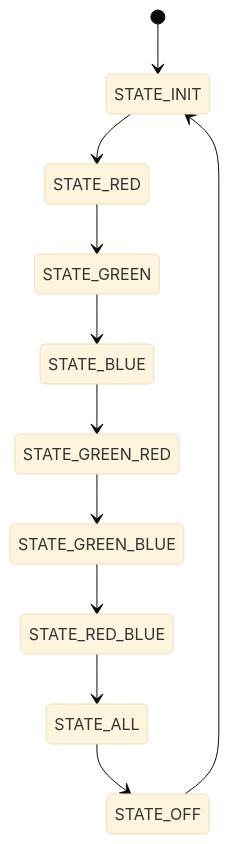
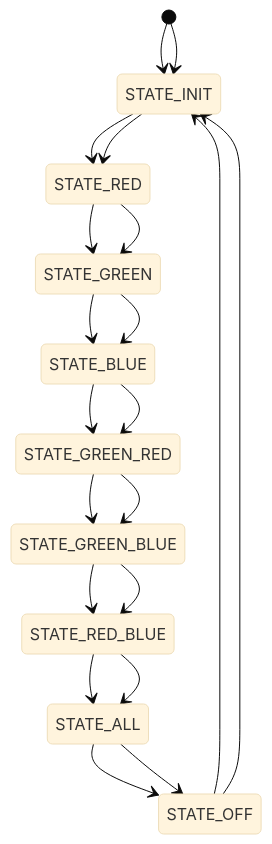
Before and after one commit to AngelMzno/iodraw-files: the diagram in all/Mapa de Estado.md, drawn with Mermaid (base theme).

Commit message:
2024-09-03 19:39:32 update

````diff
--- a/all/Mapa de Estado.md
+++ b/all/Mapa de Estado.md
@@ -1,17 +1,27 @@
 ```mermaid
 stateDiagram-v2
 [*]-->STATE_INIT
 STATE_INIT --> STATE_RED
 STATE_RED --> STATE_GREEN
 STATE_GREEN-->STATE_BLUE
 STATE_BLUE -->STATE_GREEN_RED
 STATE_GREEN_RED -->STATE_GREEN_BLUE
 STATE_GREEN_BLUE-->STATE_RED_BLUE
 STATE_RED_BLUE-->STATE_ALL
 STATE_ALL-->STATE_OFF
 STATE_OFF-->STATE_INIT
 
+[*]-->STATE_INIT
+STATE_INIT --> STATE_RED
+STATE_RED --> STATE_GREEN
+STATE_GREEN-->STATE_BLUE
+STATE_BLUE -->STATE_GREEN_RED
+STATE_GREEN_RED -->STATE_GREEN_BLUE
+STATE_GREEN_BLUE-->STATE_RED_BLUE
+STATE_RED_BLUE-->STATE_ALL
+STATE_ALL-->STATE_OFF
+STATE_OFF-->STATE_INIT
 
 
 
 ```
````
